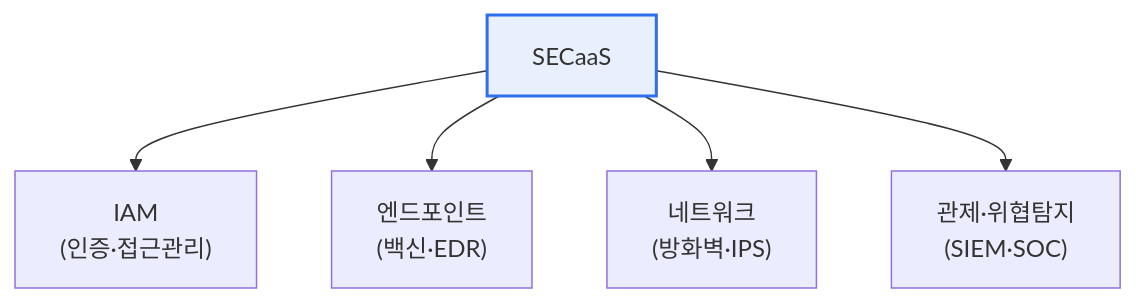
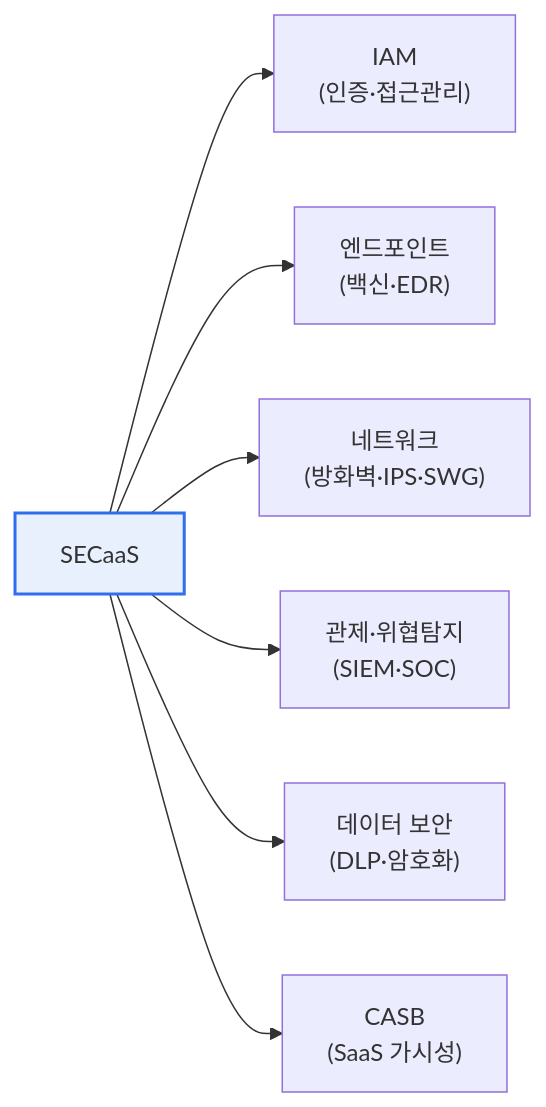
One commit to coninggu/wjdqhrhksflrltnftk changed the second of 2 diagrams in content/secaas.md. Above: the diagram before and after it, drawn with Mermaid. The commit also changed other lines of this file and 3 other files, not shown here.

````diff
--- a/content/secaas.md
+++ b/content/secaas.md
@@ -15,8 +44,10 @@
 ```mermaid
-flowchart TB
-  S[SECaaS] --> I["IAM<br/>(인증·접근관리)"]
+flowchart LR
+  S["SECaaS"] --> I["IAM<br/>(인증·접근관리)"]
   S --> E["엔드포인트<br/>(백신·EDR)"]
-  S --> N["네트워크<br/>(방화벽·IPS)"]
+  S --> N["네트워크<br/>(방화벽·IPS·SWG)"]
   S --> M["관제·위협탐지<br/>(SIEM·SOC)"]
+  S --> D["데이터 보안<br/>(DLP·암호화)"]
+  S --> C["CASB<br/>(SaaS 가시성)"]
   style S fill:#e8f0fe,stroke:#2f6fed,stroke-width:2px
 ```
````
